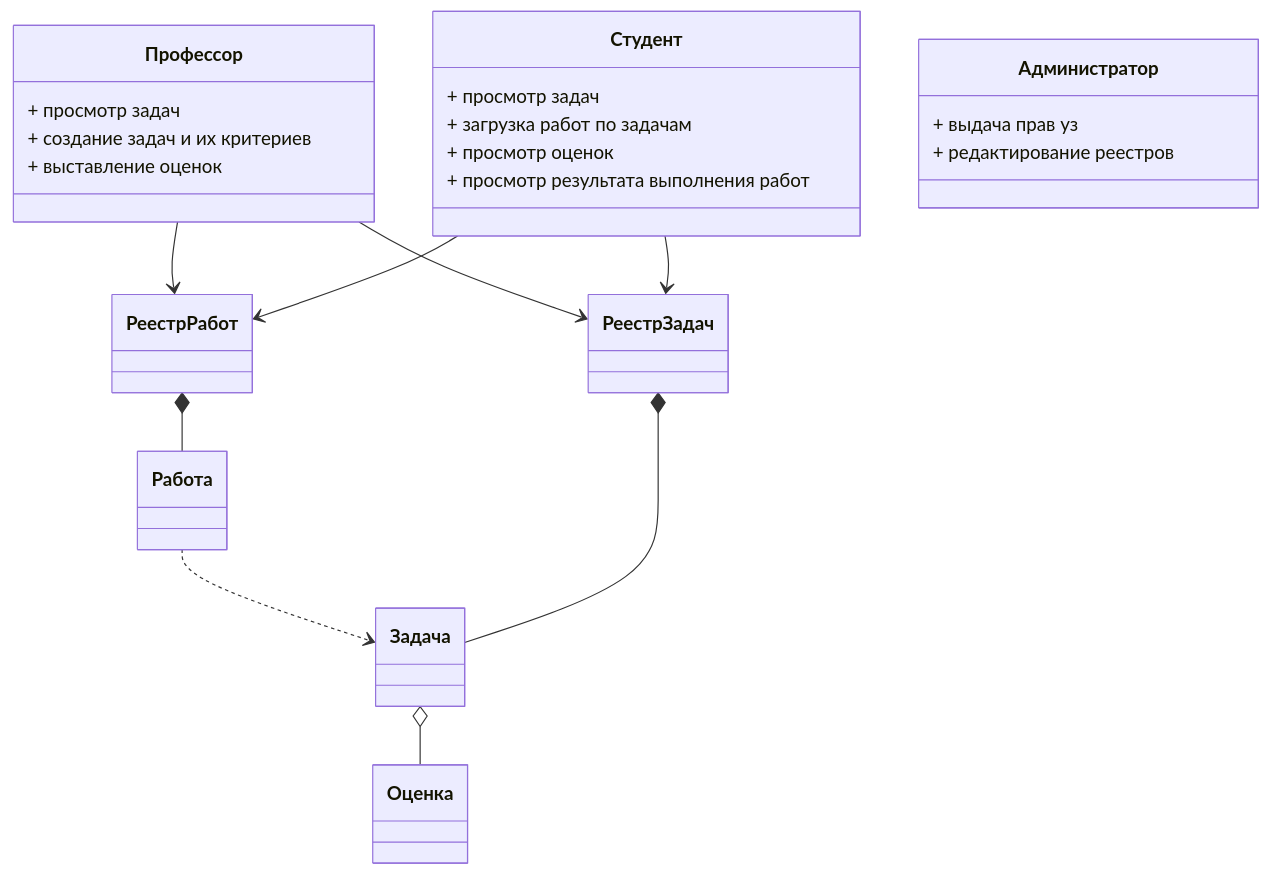
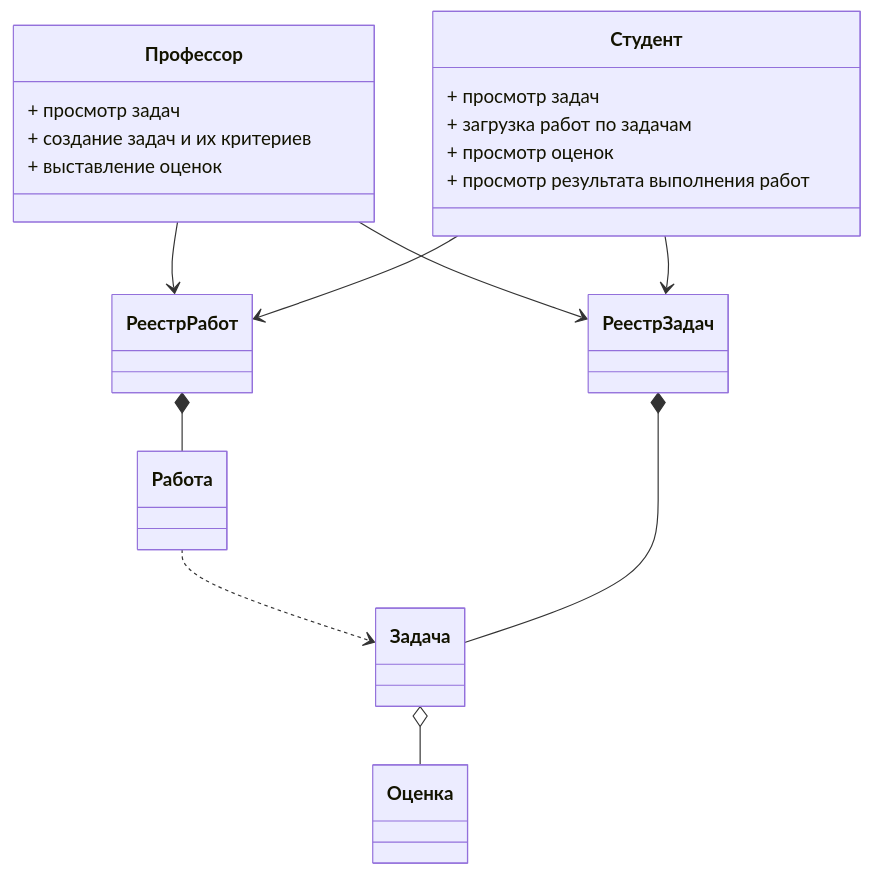
The first of 3 diagrams in SecondHomeWork/homework.md (Santat2023/OtusHomework), drawn with Mermaid before and after one commit. The commit also changed other lines of this file and 1 other file, not shown here.

Commit message:
3rd and 2nd howework

````diff
--- a/SecondHomeWork/homework.md
+++ b/SecondHomeWork/homework.md
@@ -10,43 +10,38 @@
 ```mermaid
 classDiagram
 Задачаo--Оценка
 Работа..>Задача
 РеестрРабот*--Работа
 РеестрЗадач*--Задача
 Профессор-->РеестрРабот
 Профессор-->РеестрЗадач
 Студент-->РеестрРабот
 Студент-->РеестрЗадач
 class Профессор{
     + просмотр задач
     + создание задач и их критериев
     + выставление оценок
     }
 
 class Студент{
     + просмотр задач
     + загрузка работ по задачам
     + просмотр оценок
     + просмотр результата выполнения работ
     }
 
-class Администратор{
-    + выдача прав уз
-    + редактирование реестров
-    }
-
 class Задача{
     }
 
 class Оценка{
     }
 
 class Работа{
     }
 
 class РеестрРабот{
     }
 
 class РеестрЗадач{
     }
 ```
````
